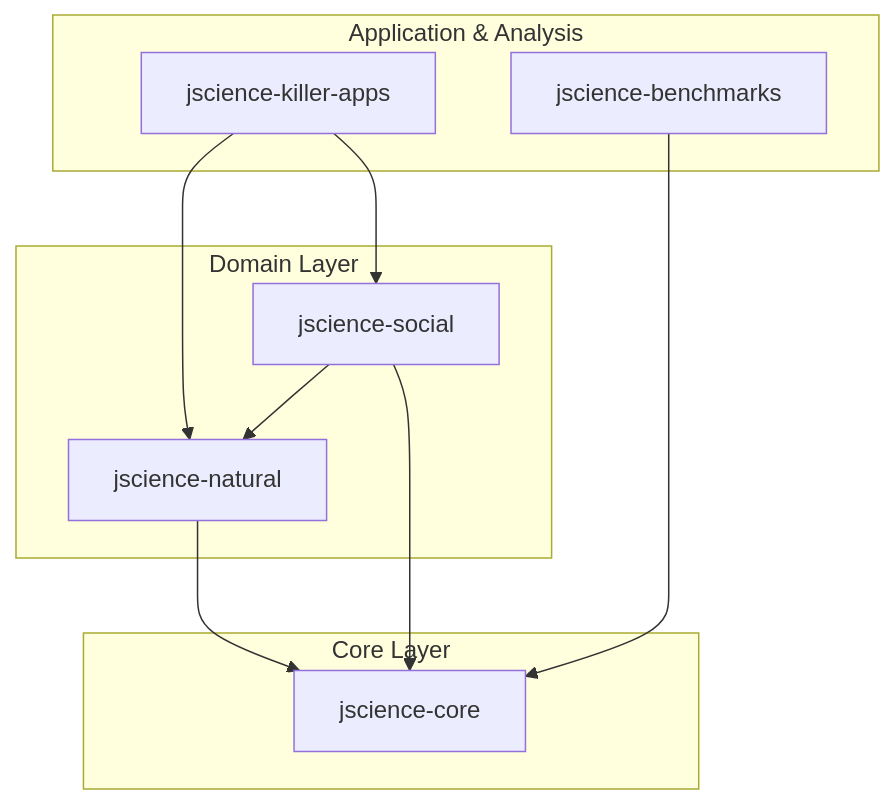
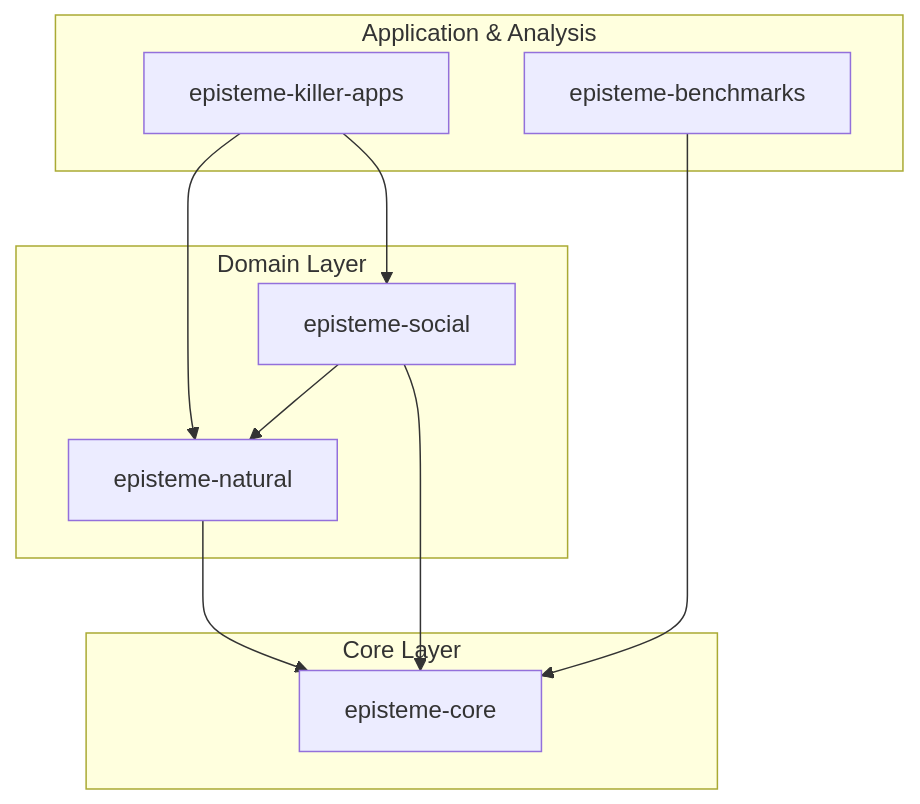
One commit to Episteme-HCP/Episteme changed the diagram in docs/ARCHITECTURE.md. Above: the diagram before and after it, drawn with Mermaid. The commit also changed other lines of this file and 28412 other files, not shown here.

Commit message:
Pre-rename structural backup (from JScience to Episteme)

````diff
--- a/docs/ARCHITECTURE.md
+++ b/docs/ARCHITECTURE.md
@@ -9,23 +9,23 @@
 ```mermaid
 graph TD
     subgraph "Core Layer"
-        Core["jscience-core"]
+        Core["episteme-core"]
     end
 
     subgraph "Domain Layer"
-        Natural["jscience-natural"]
-        Social["jscience-social"]
+        Natural["episteme-natural"]
+        Social["episteme-social"]
     end
 
     subgraph "Application & Analysis"
-        Apps["jscience-killer-apps"]
-        Benchmarks["jscience-benchmarks"]
+        Apps["episteme-killer-apps"]
+        Benchmarks["episteme-benchmarks"]
     end
 
     Natural --> Core
     Social --> Natural
     Social --> Core
     Apps --> Natural
     Apps --> Social
     Benchmarks --> Core
 ```
````
